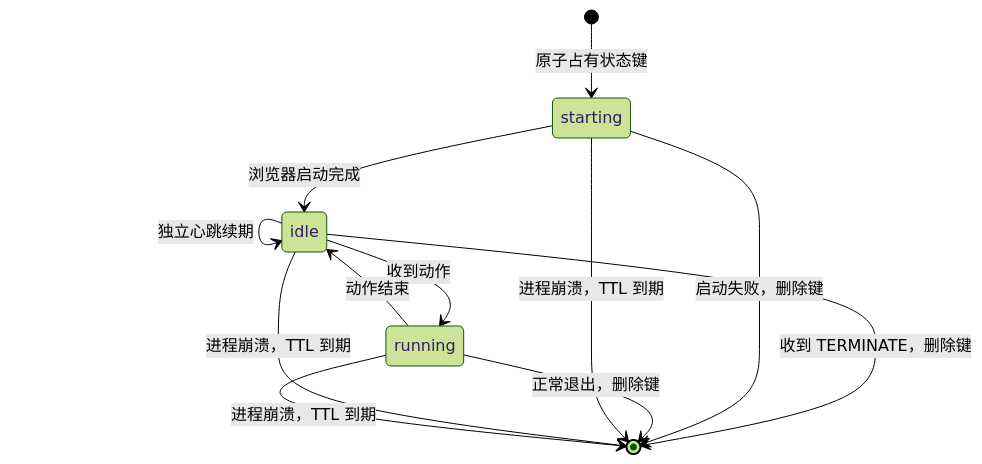
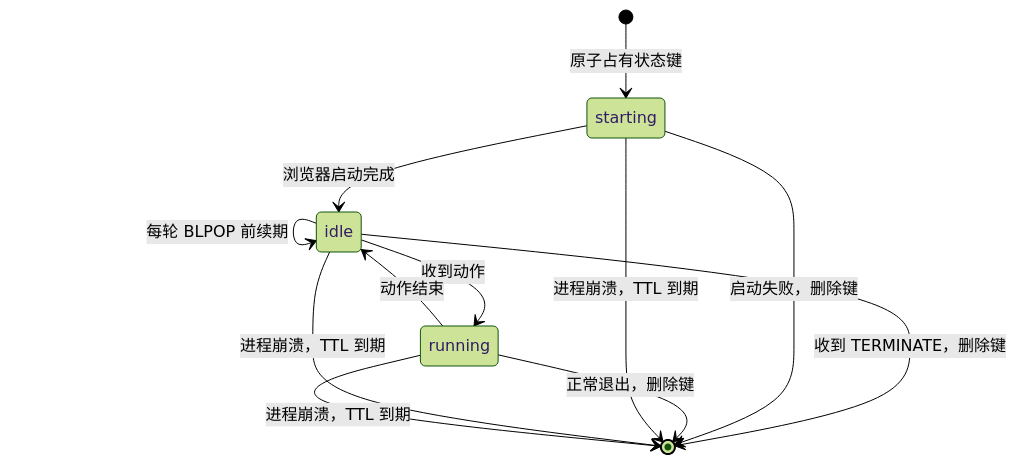
One commit to g-Ironfox/rainbowow changed the second of 3 diagrams in docs/crawler-status-design.md. Above: the diagram before and after it, drawn with Mermaid (forest theme). The commit also changed other lines of this file and 7 other files, not shown here.

````diff
--- a/docs/crawler-status-design.md
+++ b/docs/crawler-status-design.md
@@ -159,14 +167,14 @@
 ```mermaid
 stateDiagram-v2
     [*] --> starting: 原子占有状态键
     starting --> idle: 浏览器启动完成
-    idle --> idle: 独立心跳续期
+    idle --> idle: 每轮 BLPOP 前续期
     idle --> running: 收到动作
     running --> idle: 动作结束
     idle --> [*]: 收到 TERMINATE，删除键
     starting --> [*]: 启动失败，删除键
     running --> [*]: 正常退出，删除键
     starting --> [*]: 进程崩溃，TTL 到期
     idle --> [*]: 进程崩溃，TTL 到期
     running --> [*]: 进程崩溃，TTL 到期
 ```
````
